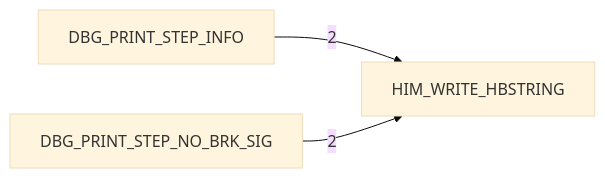
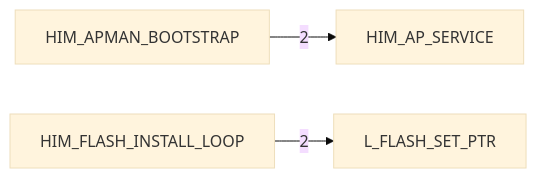
One commit to 95westus/R-YORS changed the fifth of 6 diagrams in DOC/GENERATED/HIMON_ROUTINE_TREE.md. Above: the diagram before and after it, drawn with Mermaid (base theme). The commit also changed other lines of this file and 94 other files, not shown here.

````diff
--- a/DOC/GENERATED/HIMON_ROUTINE_TREE.md
+++ b/DOC/GENERATED/HIMON_ROUTINE_TREE.md
@@ -80,5 +80,5 @@
 ```mermaid
 flowchart LR
-    N_DBG_PRINT_STEP_INFO[DBG_PRINT_STEP_INFO] -->|2| N_HIM_WRITE_HBSTRING[HIM_WRITE_HBSTRING]
-    N_DBG_PRINT_STEP_NO_BRK_SIG[DBG_PRINT_STEP_NO_BRK_SIG] -->|2| N_HIM_WRITE_HBSTRING[HIM_WRITE_HBSTRING]
+    N_HIM_APMAN_BOOTSTRAP[HIM_APMAN_BOOTSTRAP] -->|2| N_HIM_AP_SERVICE[HIM_AP_SERVICE]
+    N_HIM_FLASH_INSTALL_LOOP[HIM_FLASH_INSTALL_LOOP] -->|2| N_L_FLASH_SET_PTR[L_FLASH_SET_PTR]
 ```
````
